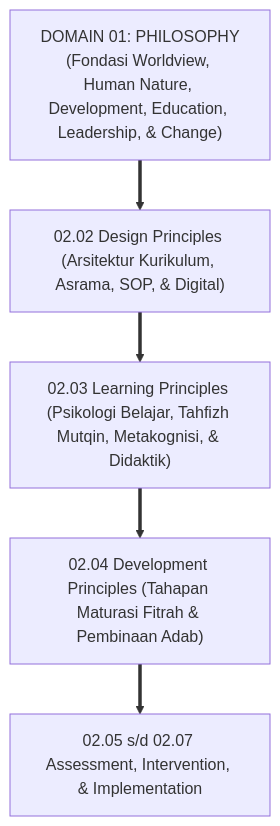
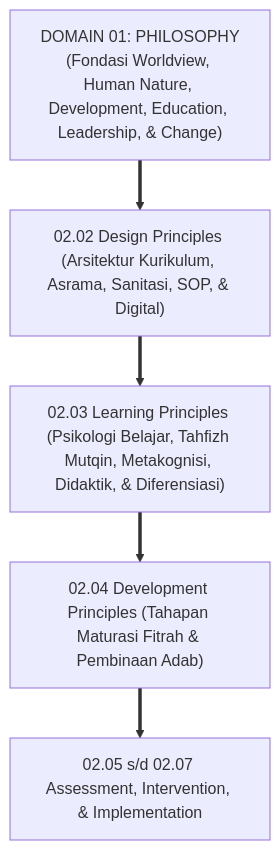
Before and after one commit to wandiapriliyandi/tumbuh: the first of 3 diagrams in 02 Principles/03 Learning Principles/P2-03-Prinsip-Psikologi-Belajar-TUMBUH.md, drawn with Mermaid. The commit also changed other lines of this file and 32 other files, not shown here.

````diff
--- a/02 Principles/03 Learning Principles/P2-03-Prinsip-Psikologi-Belajar-TUMBUH.md
+++ b/02 Principles/03 Learning Principles/P2-03-Prinsip-Psikologi-Belajar-TUMBUH.md
@@ -50,11 +49,11 @@
 ```mermaid
 graph TD
     D1["DOMAIN 01: PHILOSOPHY<br/>(Fondasi Worldview, Human Nature, Development, Education, Leadership, & Change)"]
-    ==> D2_02["02.02 Design Principles (Arsitektur Kurikulum, Asrama, SOP, & Digital)"]
+    ==> D2_02["02.02 Design Principles (Arsitektur Kurikulum, Asrama, Sanitasi, SOP, & Digital)"]
     
-    D2_02 ==> D2_03["02.03 Learning Principles (Psikologi Belajar, Tahfizh Mutqin, Metakognisi, & Didaktik)"]
+    D2_02 ==> D2_03["02.03 Learning Principles (Psikologi Belajar, Tahfizh Mutqin, Metakognisi, Didaktik, & Diferensiasi)"]
     
     D2_03 ==> D2_04["02.04 Development Principles (Tahapan Maturasi Fitrah & Pembinaan Adab)"]
     
     D2_04 ==> D2_Others["02.05 s/d 02.07 Assessment, Intervention, & Implementation"]
 ```
````
